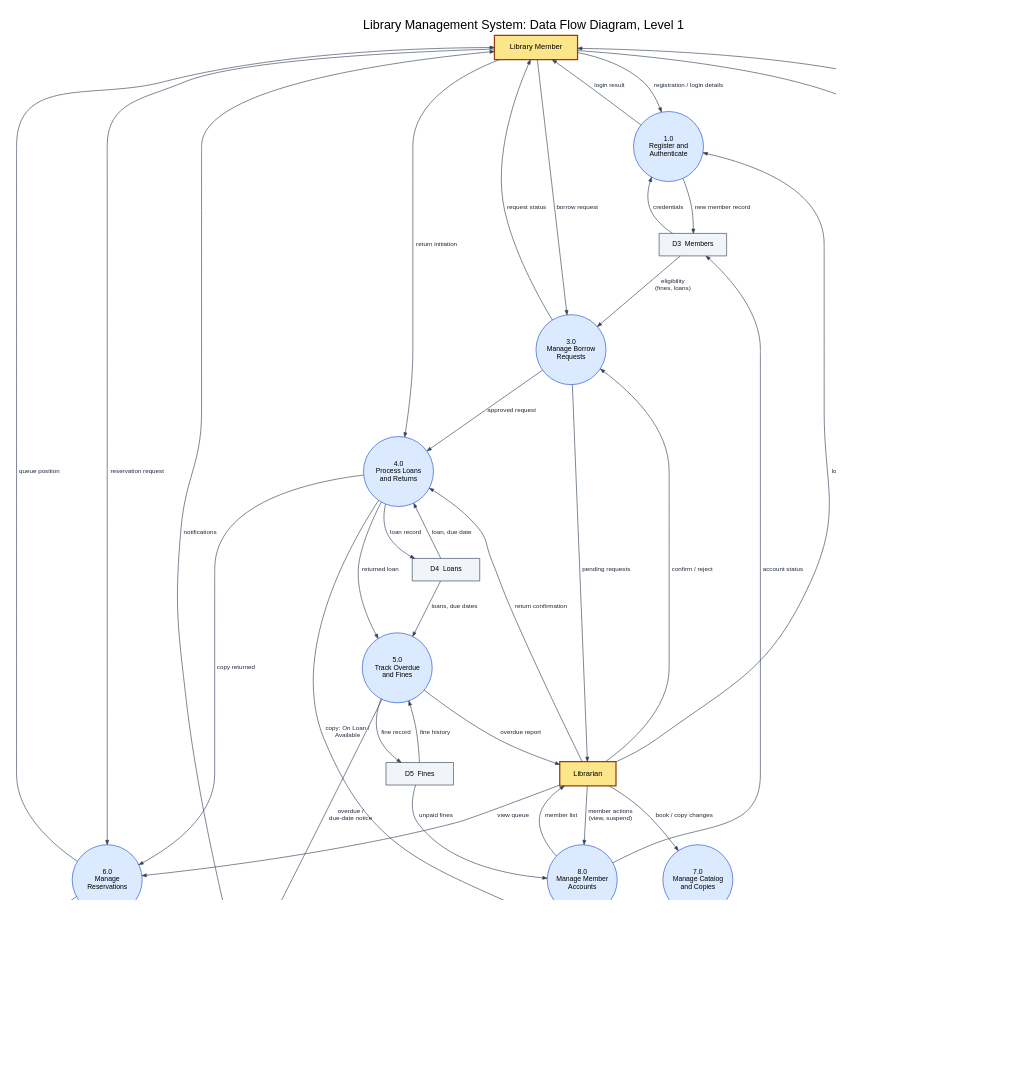
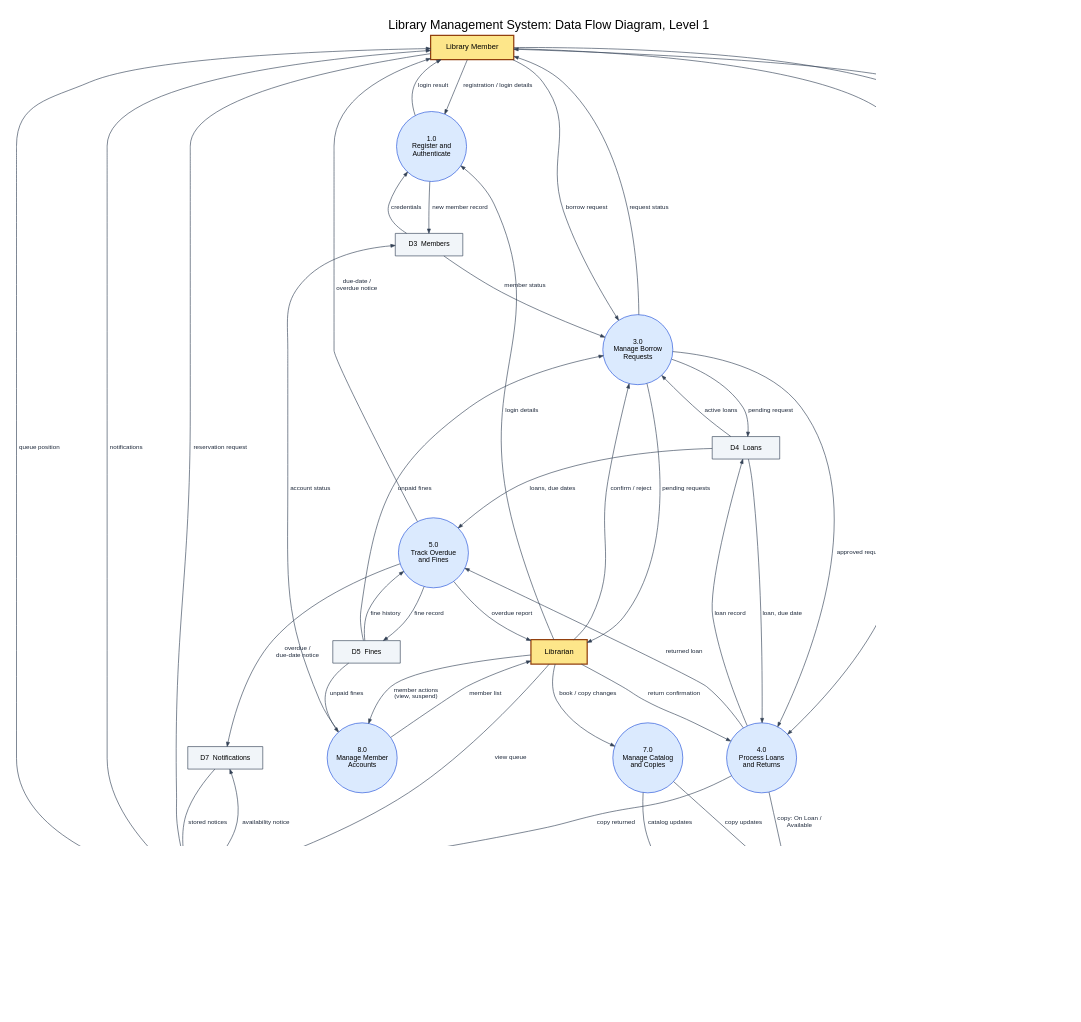
Before and after one commit to Hassan3443/library-management-system: the diagram in diagrams/dfd1.dot, drawn with Graphviz. The commit also changed 18 other files, not shown here.

Commit message:
Fix DFD notification flow and borrow eligibility, drop wrong extends, borrow-only sequence, logout button, requirement owners

```diff
--- a/diagrams/dfd1.dot
+++ b/diagrams/dfd1.dot
@@ -1,76 +1,81 @@
 digraph DFD1 {
   graph [rankdir=TB, splines=true, nodesep=0.5, ranksep=1.0, fontname="Helvetica", labelloc=t, fontsize=20, label="Library Management System: Data Flow Diagram, Level 1\n", dpi=90, pad=0.3, bgcolor=white];
   node [fontname="Helvetica", fontsize=12];
   edge [fontname="Helvetica", fontsize=10, color="#334155", fontcolor="#1e293b", arrowsize=0.7];
 
   M [label="Library Member", shape=box, style="filled,bold", fillcolor="#fde68a", color="#92400e", margin="0.25,0.18"];
   L [label="Librarian", shape=box, style="filled,bold", fillcolor="#fde68a", color="#92400e", margin="0.25,0.18"];
 
   node [shape=circle, style=filled, fillcolor="#dbeafe", color="#1d4ed8", width=1.55, fixedsize=true, fontsize=11];
   P1 [label="1.0\nRegister and\nAuthenticate"];
   P2 [label="2.0\nSearch and\nView Books"];
   P3 [label="3.0\nManage Borrow\nRequests"];
   P4 [label="4.0\nProcess Loans\nand Returns"];
   P5 [label="5.0\nTrack Overdue\nand Fines"];
   P6 [label="6.0\nManage\nReservations"];
   P7 [label="7.0\nManage Catalog\nand Copies"];
   P8 [label="8.0\nManage Member\nAccounts"];
 
   node [shape=box, style="filled", fillcolor="#f1f5f9", color="#334155", width=1.5, height=0.5, fixedsize=false, fontsize=11, margin="0.2,0.1"];
   D1 [label="D1  Books"];
   D2 [label="D2  Book Copies"];
   D3 [label="D3  Members"];
   D4 [label="D4  Loans"];
   D5 [label="D5  Fines"];
   D6 [label="D6  Reservations"];
   D7 [label="D7  Notifications"];
 
   M -> P1 [label="registration / login details"];
   P1 -> M [label="login result"];
   P1 -> D3 [label="new member record"];
   D3 -> P1 [label="credentials"];
   L -> P1 [label="login details"];
 
   M -> P2 [label="search criteria"];
   P2 -> M [label="book details +\navailability"];
   D1 -> P2 [label="book data"];
   D2 -> P2 [label="copy status"];
 
   M -> P3 [label="borrow request"];
   P3 -> M [label="request status"];
-  D3 -> P3 [label="eligibility\n(fines, loans)"];
+  D3 -> P3 [label="member status"];
+  D5 -> P3 [label="unpaid fines"];
+  D4 -> P3 [label="active loans"];
+  P3 -> D4 [label="pending request"];
   P3 -> L [label="pending requests"];
   L -> P3 [label="confirm / reject"];
   P3 -> P4 [label="approved request"];
 
   P4 -> D4 [label="loan record"];
   D4 -> P4 [label="loan, due date"];
   P4 -> D2 [label="copy: On Loan /\nAvailable"];
   M -> P4 [label="return initiation"];
   L -> P4 [label="return confirmation"];
   P4 -> P5 [label="returned loan"];
   P4 -> P6 [label="copy returned"];
 
   D4 -> P5 [label="loans, due dates"];
   P5 -> D5 [label="fine record"];
   P5 -> D7 [label="overdue /\ndue-date notice"];
   P5 -> L [label="overdue report"];
+  P5 -> M [label="due-date /\noverdue notice"];
   D5 -> P5 [label="fine history"];
 
   M -> P6 [label="reservation request"];
   P6 -> M [label="queue position"];
   P6 -> D6 [label="queue entry"];
   D6 -> P6 [label="waiting queue"];
   P6 -> D7 [label="availability notice"];
-  D7 -> M [label="notifications"];
+  D7 -> P6 [label="stored notices"];
+  P6 -> M [label="notifications"];
   L -> P6 [label="view queue"];
 
   L -> P7 [label="book / copy changes"];
   P7 -> D1 [label="catalog updates"];
   P7 -> D2 [label="copy updates"];
 
   L -> P8 [label="member actions\n(view, suspend)"];
   P8 -> D3 [label="account status"];
   D5 -> P8 [label="unpaid fines"];
   P8 -> L [label="member list"];
 }
```
